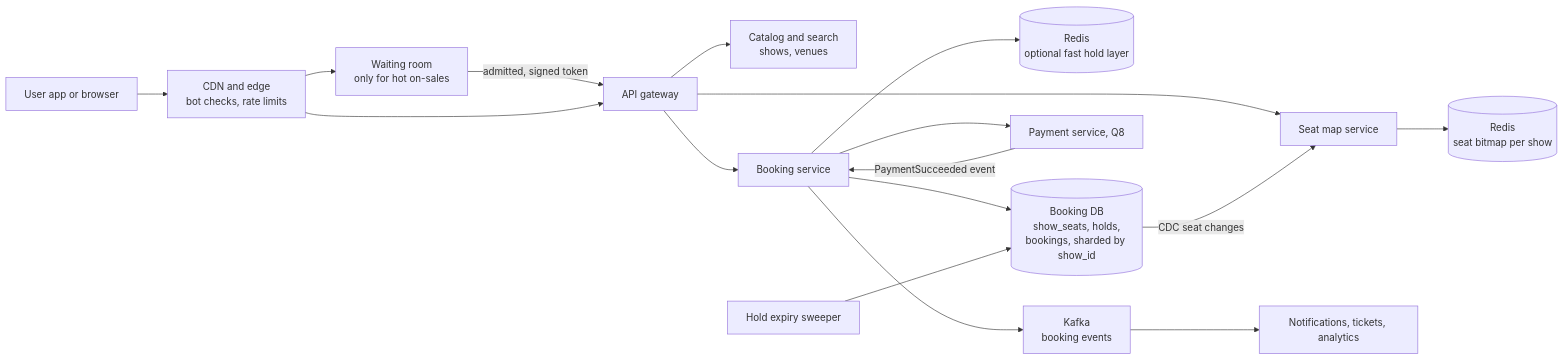
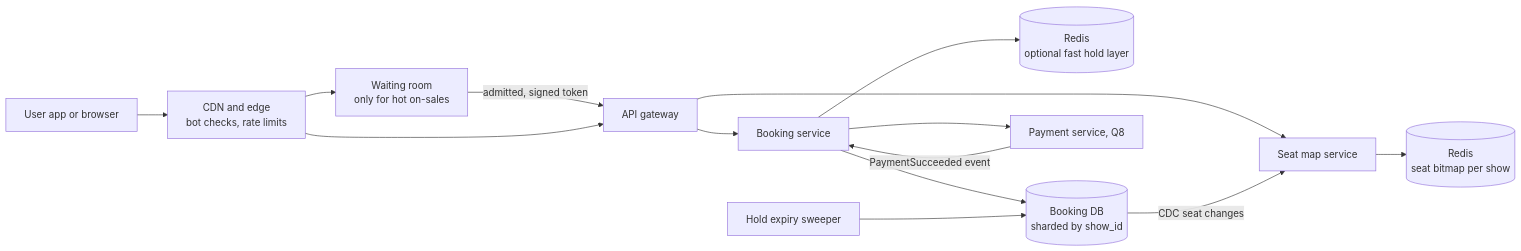
One commit to vedanshkap2692/zomato-interview-prep changed the fourth of 14 diagrams in 07b_SD_QA_Payments_Booking_and_More.md. Above: the diagram before and after it, drawn with Mermaid. The commit also changed other lines of this file and 6 other files, not shown here.

````diff
--- a/07b_SD_QA_Payments_Booking_and_More.md
+++ b/07b_SD_QA_Payments_Booking_and_More.md
@@ -531,19 +254,16 @@
 ```mermaid
 flowchart LR
   U["User app or browser"] --> CDN["CDN and edge<br/>bot checks, rate limits"]
   CDN --> WR["Waiting room<br/>only for hot on-sales"]
   WR -->|"admitted, signed token"| GW["API gateway"]
   CDN --> GW
-  GW --> Cat["Catalog and search<br/>shows, venues"]
   GW --> SM["Seat map service"]
   GW --> BS["Booking service"]
   SM --> Cache[("Redis<br/>seat bitmap per show")]
   BS --> Lock[("Redis<br/>optional fast hold layer")]
-  BS --> DB[("Booking DB<br/>show_seats, holds,<br/>bookings, sharded by show_id")]
+  BS --> DB[("Booking DB<br/>sharded by show_id")]
   BS --> Pay["Payment service, Q8"]
   Pay -->|"PaymentSucceeded event"| BS
   Sweep["Hold expiry sweeper"] --> DB
   DB -->|"CDC seat changes"| SM
-  BS --> K["Kafka<br/>booking events"]
-  K --> N["Notifications, tickets, analytics"]
 ```
````
